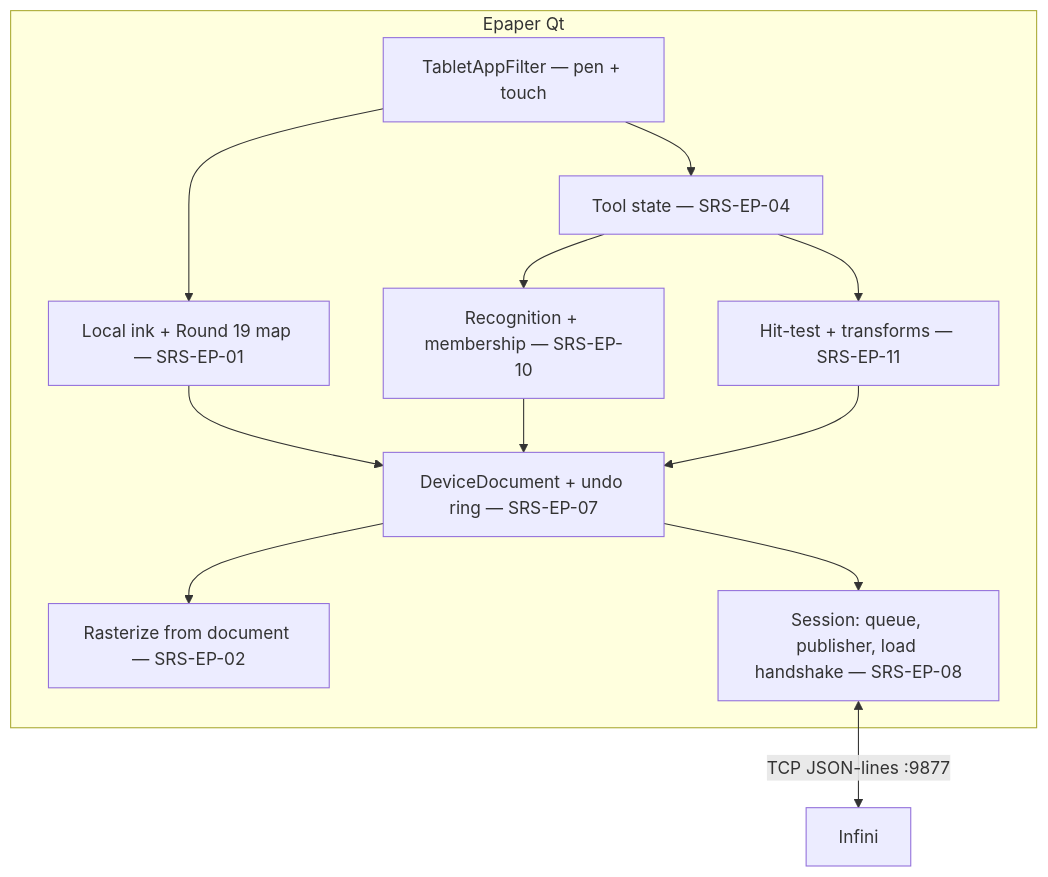
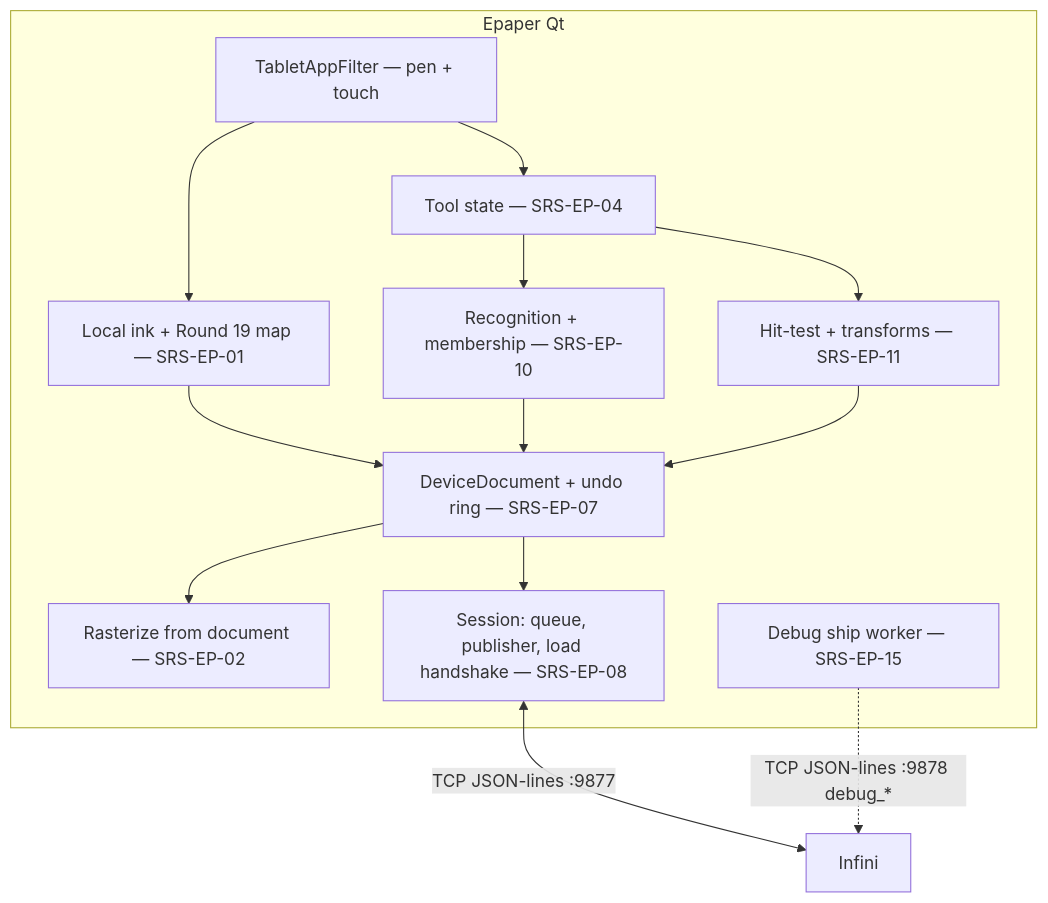
Before and after one commit to hoaidv/reawa: the second of 2 diagrams in .docs/modules/epaper/architecture.md, drawn with Mermaid. The commit also changed other lines of this file and 46 other files, not shown here.

````diff
--- a/.docs/modules/epaper/architecture.md
+++ b/.docs/modules/epaper/architecture.md
@@ -94,23 +94,25 @@
 ```mermaid
 flowchart TB
   subgraph device["Epaper Qt"]
     input["TabletAppFilter — pen + touch"]
     ink["Local ink + Round 19 map — SRS-EP-01"]
     tools["Tool state — SRS-EP-04"]
     doc["DeviceDocument + undo ring — SRS-EP-07"]
     recog["Recognition + membership — SRS-EP-10"]
     manip["Hit-test + transforms — SRS-EP-11"]
     paint["Rasterize from document — SRS-EP-02"]
     sync["Session: queue, publisher, load handshake — SRS-EP-08"]
+    dlog["Debug ship worker — SRS-EP-15"]
     input --> ink
     input --> tools
     ink --> doc
     tools --> recog
     tools --> manip
     recog --> doc
     manip --> doc
     doc --> paint
     doc --> sync
   end
   sync <-->|"TCP JSON-lines :9877"| infini["Infini"]
+  dlog -.->|"TCP JSON-lines :9878 debug_*"| infini
 ```
````
